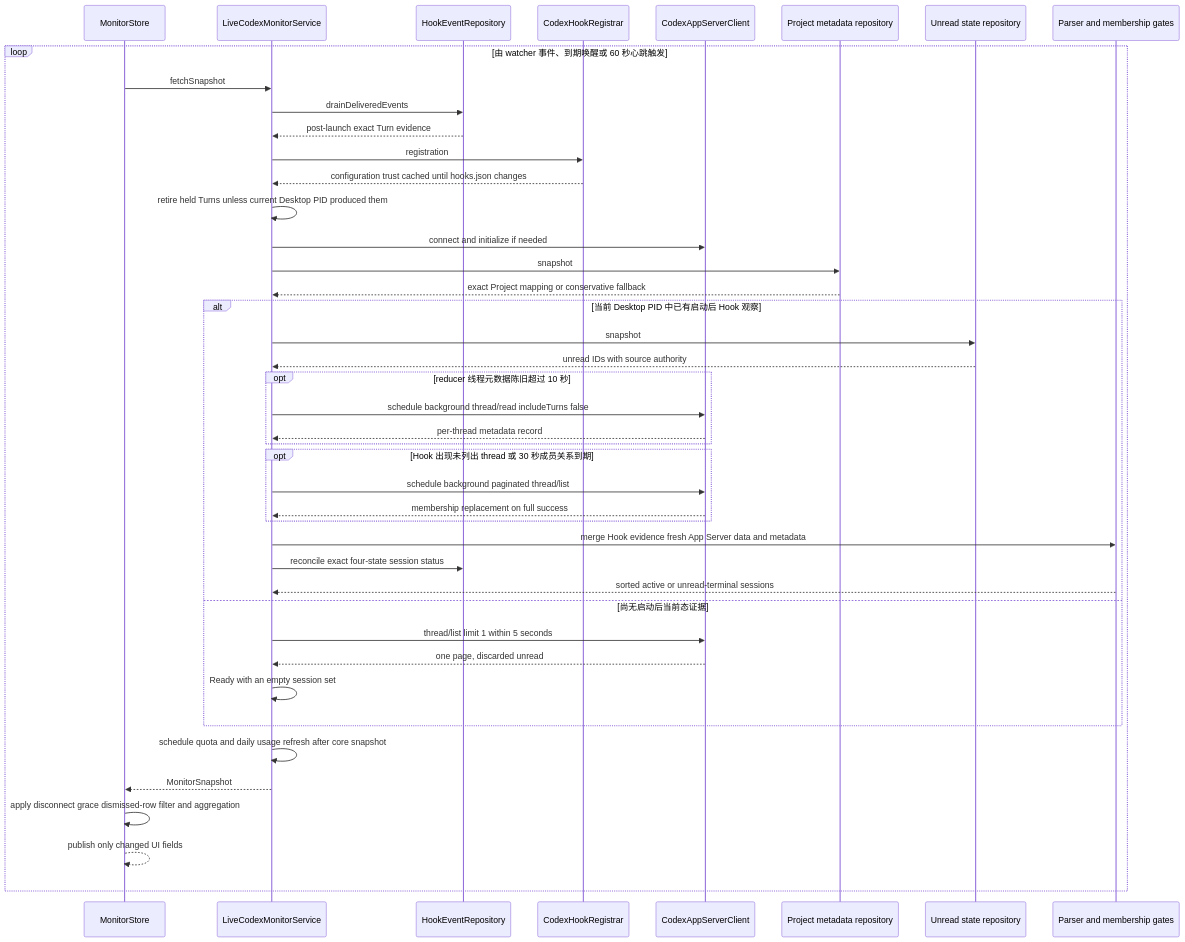
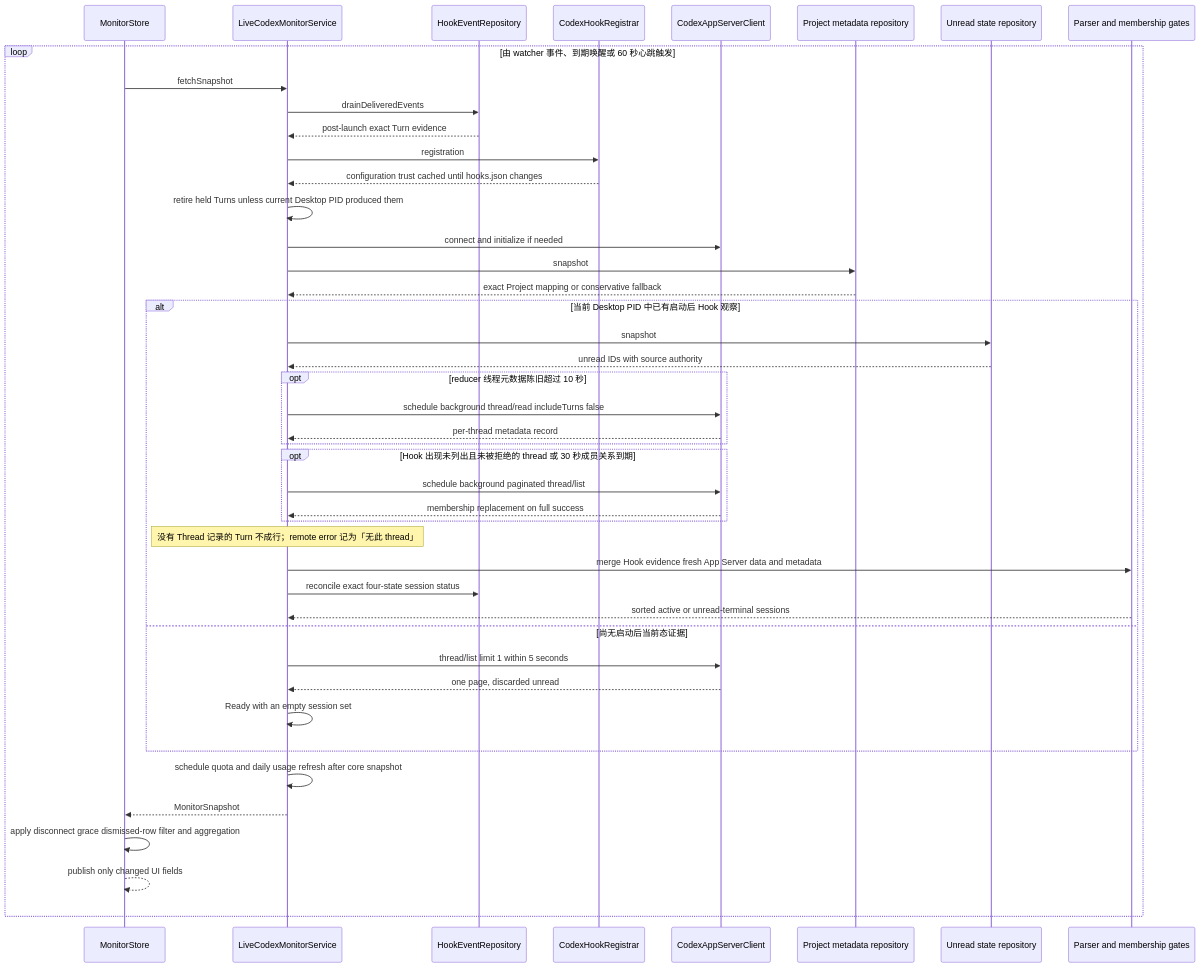
Before and after one commit to soondubu137/notchline: the second of 6 diagrams in docs/system-architecture.md, drawn with Mermaid. The commit also changed other lines of this file and 7 other files, not shown here.

````diff
--- a/docs/system-architecture.md
+++ b/docs/system-architecture.md
@@ -152,48 +152,49 @@
 ```mermaid
 sequenceDiagram
     participant store as MonitorStore
     participant service as LiveCodexMonitorService
     participant hooks as HookEventRepository
     participant registrar as CodexHookRegistrar
     participant appServer as CodexAppServerClient
     participant project as Project metadata repository
     participant unread as Unread state repository
     participant reducer as Parser and membership gates
 
     loop 由 watcher 事件、到期唤醒或 60 秒心跳触发
         store->>service: fetchSnapshot
         service->>hooks: drainDeliveredEvents
         hooks-->>service: post-launch exact Turn evidence
         service->>registrar: registration
         registrar-->>service: configuration trust cached until hooks.json changes
         service->>service: retire held Turns unless current Desktop PID produced them
         service->>appServer: connect and initialize if needed
         service->>project: snapshot
         project-->>service: exact Project mapping or conservative fallback
 
         alt 当前 Desktop PID 中已有启动后 Hook 观察
             service->>unread: snapshot
             unread-->>service: unread IDs with source authority
             opt reducer 线程元数据陈旧超过 10 秒
                 service->>appServer: schedule background thread/read includeTurns false
                 appServer-->>service: per-thread metadata record
             end
-            opt Hook 出现未列出 thread 或 30 秒成员关系到期
+            opt Hook 出现未列出且未被拒绝的 thread 或 30 秒成员关系到期
                 service->>appServer: schedule background paginated thread/list
                 appServer-->>service: membership replacement on full success
             end
+            note over service: 没有 Thread 记录的 Turn 不成行；remote error 记为「无此 thread」
             service->>reducer: merge Hook evidence fresh App Server data and metadata
             service->>hooks: reconcile exact four-state session status
             reducer-->>service: sorted active or unread-terminal sessions
         else 尚无启动后当前态证据
             service->>appServer: thread/list limit 1 within 5 seconds
             appServer-->>service: one page, discarded unread
             service->>service: Ready with an empty session set
         end
 
         service->>service: schedule quota and daily usage refresh after core snapshot
         service-->>store: MonitorSnapshot
         store->>store: apply disconnect grace dismissed-row filter and aggregation
         store-->>store: publish only changed UI fields
     end
 ```
````
